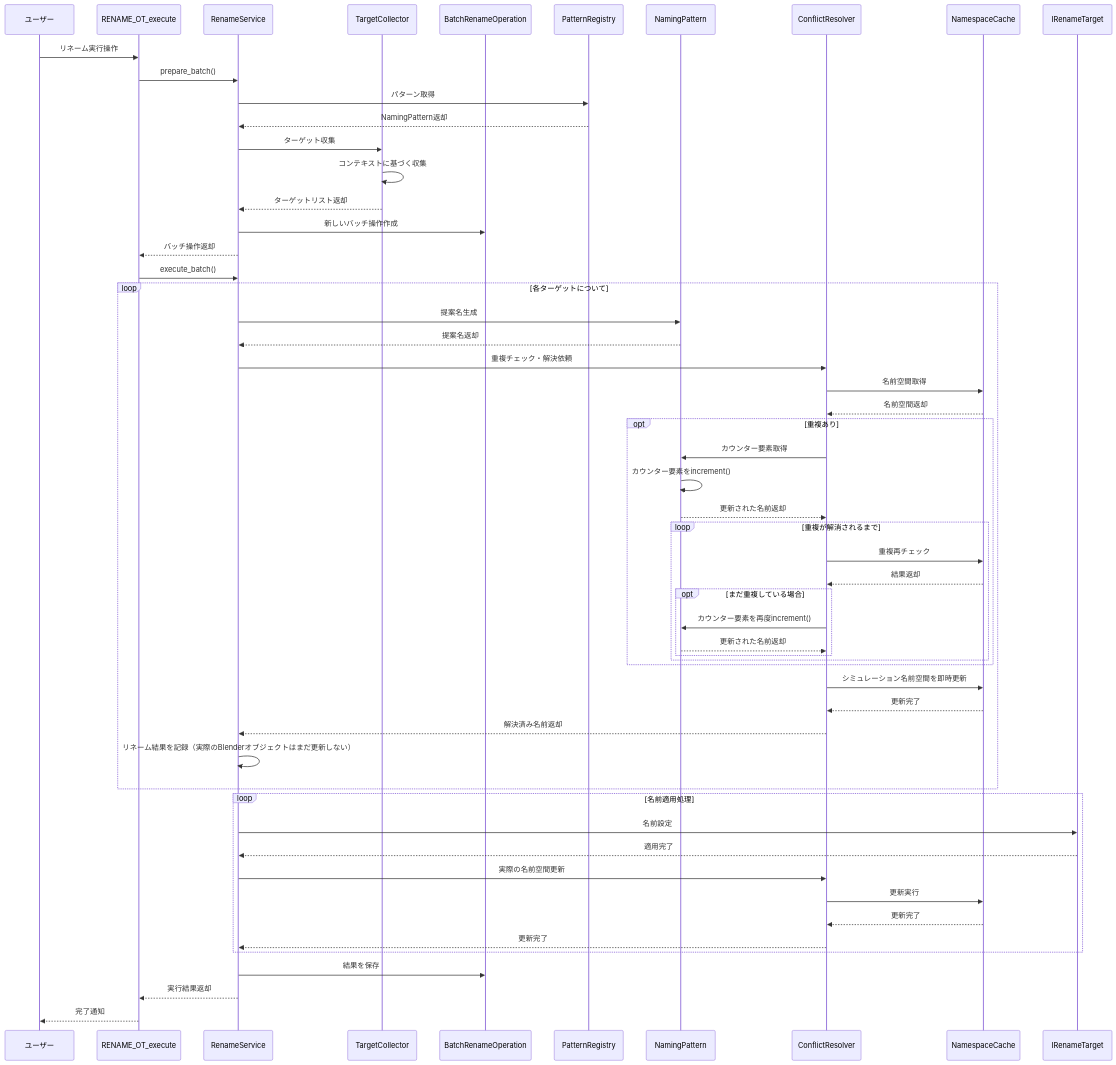
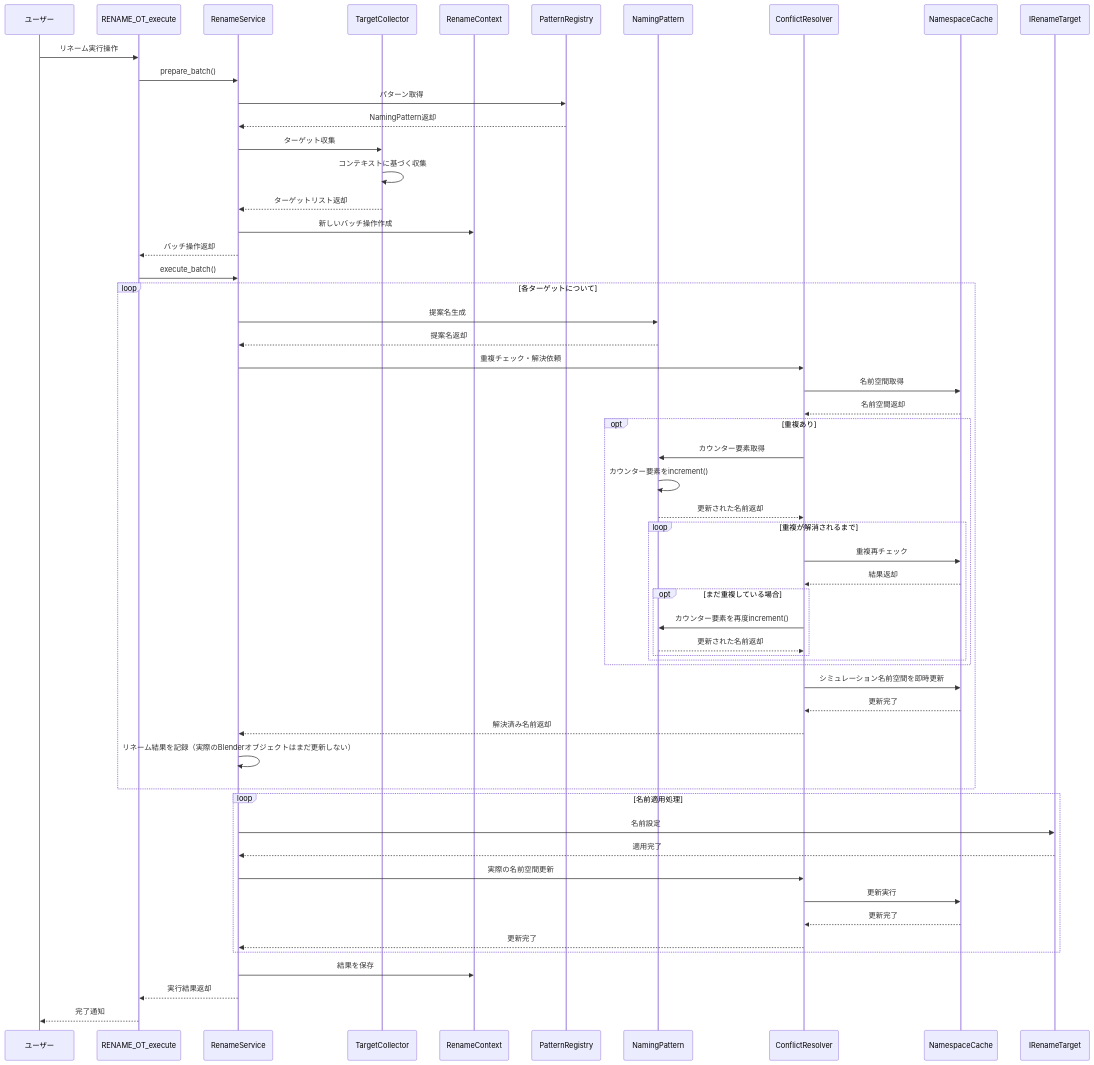
Before and after one commit to Pluglug/modular-renamer: the diagram in design_notes/sequential_rename_flow.mmd, drawn with Mermaid. The commit also changed 4 other files, not shown here.

Commit message:
BatchRenameOperation→RenameContext

```diff
--- a/design_notes/sequential_rename_flow.mmd
+++ b/design_notes/sequential_rename_flow.mmd
@@ -1,81 +1,81 @@
 ---
 config:
   layout: elk
   theme: default
   dagre:
     ranksep: 100
     nodesep: 100
     edgesep: 10
     direction: LR
 ---
 
 sequenceDiagram
     participant ユーザー
     participant RENAME_OT_execute
     participant RenameService
     participant TargetCollector
-    participant BatchRenameOperation
+    participant RenameContext
     participant PatternRegistry
     participant NamingPattern
     participant ConflictResolver
     participant NamespaceCache
     
     ユーザー->>RENAME_OT_execute: リネーム実行操作
     RENAME_OT_execute->>RenameService: prepare_batch()
     
     RenameService->>PatternRegistry: パターン取得
     PatternRegistry-->>RenameService: NamingPattern返却
     
     RenameService->>TargetCollector: ターゲット収集
     TargetCollector->>TargetCollector: コンテキストに基づく収集
     TargetCollector-->>RenameService: ターゲットリスト返却
     
-    RenameService->>BatchRenameOperation: 新しいバッチ操作作成
+    RenameService->>RenameContext: 新しいバッチ操作作成
     RenameService-->>RENAME_OT_execute: バッチ操作返却
     
     RENAME_OT_execute->>RenameService: execute_batch()
     
     loop 各ターゲットについて
         RenameService->>NamingPattern: 提案名生成
         NamingPattern-->>RenameService: 提案名返却
         
         RenameService->>ConflictResolver: 重複チェック・解決依頼
         ConflictResolver->>NamespaceCache: 名前空間取得
         NamespaceCache-->>ConflictResolver: 名前空間返却
         
         opt 重複あり
             ConflictResolver->>NamingPattern: カウンター要素取得
             NamingPattern->>NamingPattern: カウンター要素をincrement()
             NamingPattern-->>ConflictResolver: 更新された名前返却
             
             loop 重複が解消されるまで
                 ConflictResolver->>NamespaceCache: 重複再チェック
                 NamespaceCache-->>ConflictResolver: 結果返却
                 
                 opt まだ重複している場合
                     ConflictResolver->>NamingPattern: カウンター要素を再度increment()
                     NamingPattern-->>ConflictResolver: 更新された名前返却
                 end
             end
         end
         
         ConflictResolver->>NamespaceCache: シミュレーション名前空間を即時更新
         NamespaceCache-->>ConflictResolver: 更新完了
         ConflictResolver-->>RenameService: 解決済み名前返却
         
         RenameService->>RenameService: リネーム結果を記録（実際のBlenderオブジェクトはまだ更新しない）
     end
     
     loop 名前適用処理
         RenameService->>IRenameTarget: 名前設定
         IRenameTarget-->>RenameService: 適用完了
         
         RenameService->>ConflictResolver: 実際の名前空間更新
         ConflictResolver->>NamespaceCache: 更新実行
         NamespaceCache-->>ConflictResolver: 更新完了
         ConflictResolver-->>RenameService: 更新完了
     end
     
-    RenameService->>BatchRenameOperation: 結果を保存
+    RenameService->>RenameContext: 結果を保存
     RenameService-->>RENAME_OT_execute: 実行結果返却
     RENAME_OT_execute-->>ユーザー: 完了通知
```
